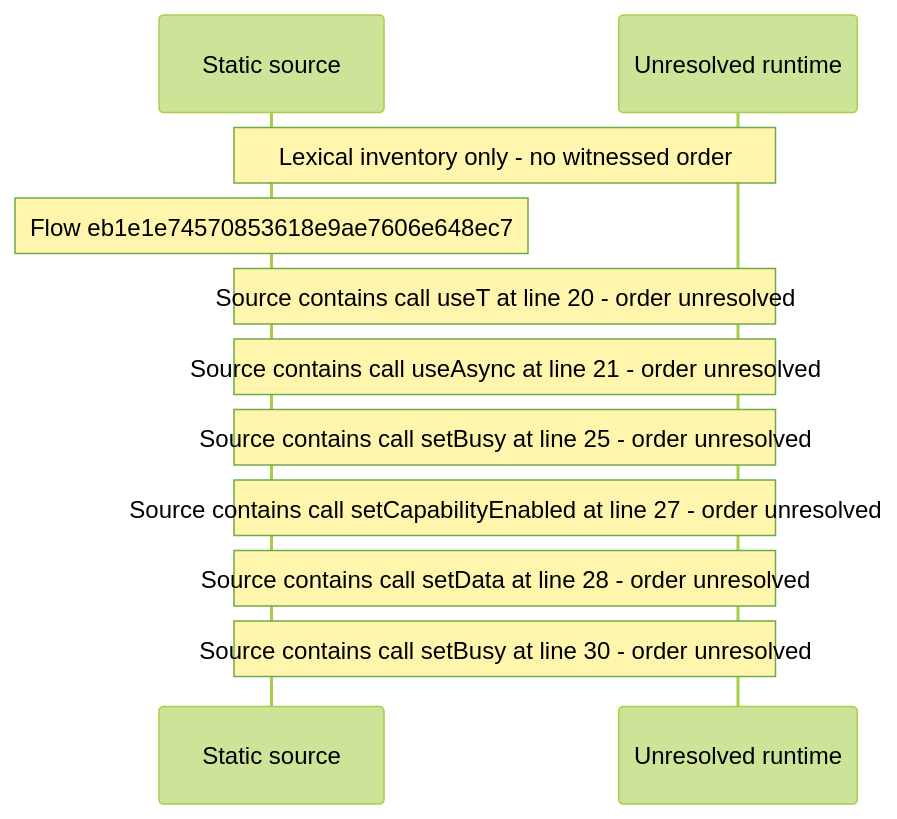
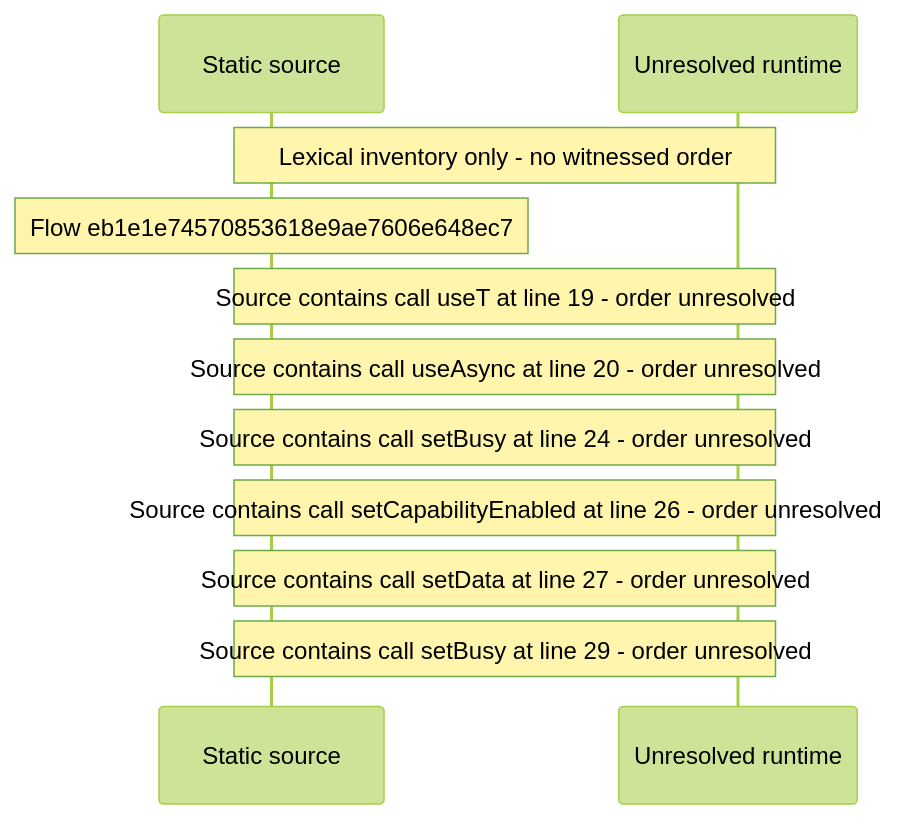
One commit to beamfall/core changed the diagram in docs/web/flows/generated/eb1e1e74570853618e9ae7606e648ec7/flow-diagram.md. Above: the diagram before and after it, drawn with Mermaid (forest theme). The commit also changed other lines of this file and 715 other files, not shown here.

First line of the commit message:
Regenerate the web flow record on main after CORE-1117

````diff
--- a/docs/web/flows/generated/eb1e1e74570853618e9ae7606e648ec7/flow-diagram.md
+++ b/docs/web/flows/generated/eb1e1e74570853618e9ae7606e648ec7/flow-diagram.md
@@ -10,13 +10,13 @@
 ```mermaid
 sequenceDiagram
     participant S as Static source
     participant U as Unresolved runtime
     Note over S,U: Lexical inventory only - no witnessed order
     Note over S: Flow eb1e1e74570853618e9ae7606e648ec7
-    Note over S,U: Source contains call useT at line 20 - order unresolved
-    Note over S,U: Source contains call useAsync at line 21 - order unresolved
-    Note over S,U: Source contains call setBusy at line 25 - order unresolved
-    Note over S,U: Source contains call setCapabilityEnabled at line 27 - order unresolved
-    Note over S,U: Source contains call setData at line 28 - order unresolved
-    Note over S,U: Source contains call setBusy at line 30 - order unresolved
+    Note over S,U: Source contains call useT at line 19 - order unresolved
+    Note over S,U: Source contains call useAsync at line 20 - order unresolved
+    Note over S,U: Source contains call setBusy at line 24 - order unresolved
+    Note over S,U: Source contains call setCapabilityEnabled at line 26 - order unresolved
+    Note over S,U: Source contains call setData at line 27 - order unresolved
+    Note over S,U: Source contains call setBusy at line 29 - order unresolved
 ```
````
